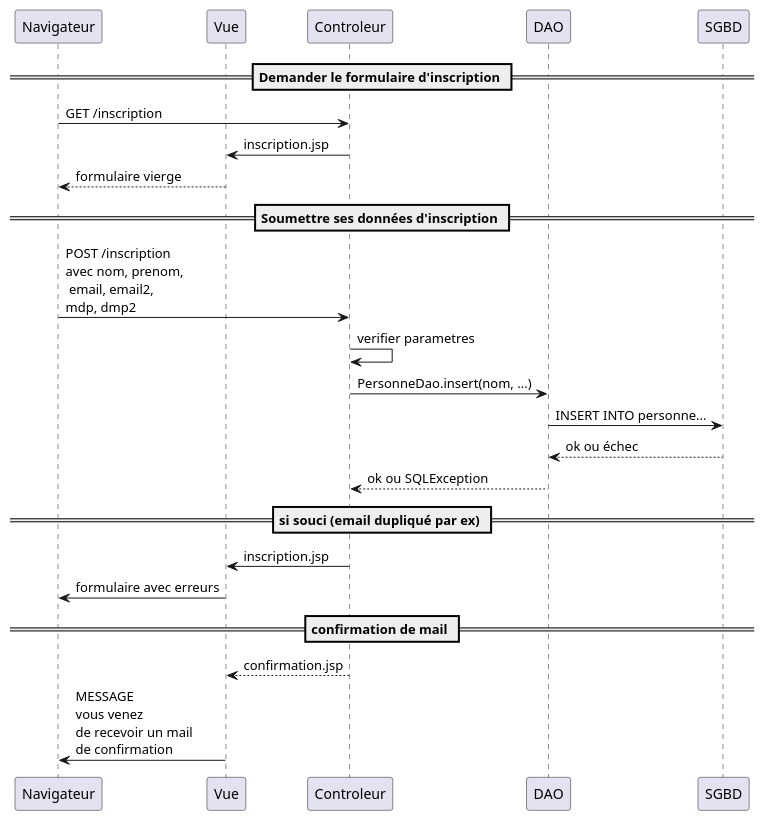
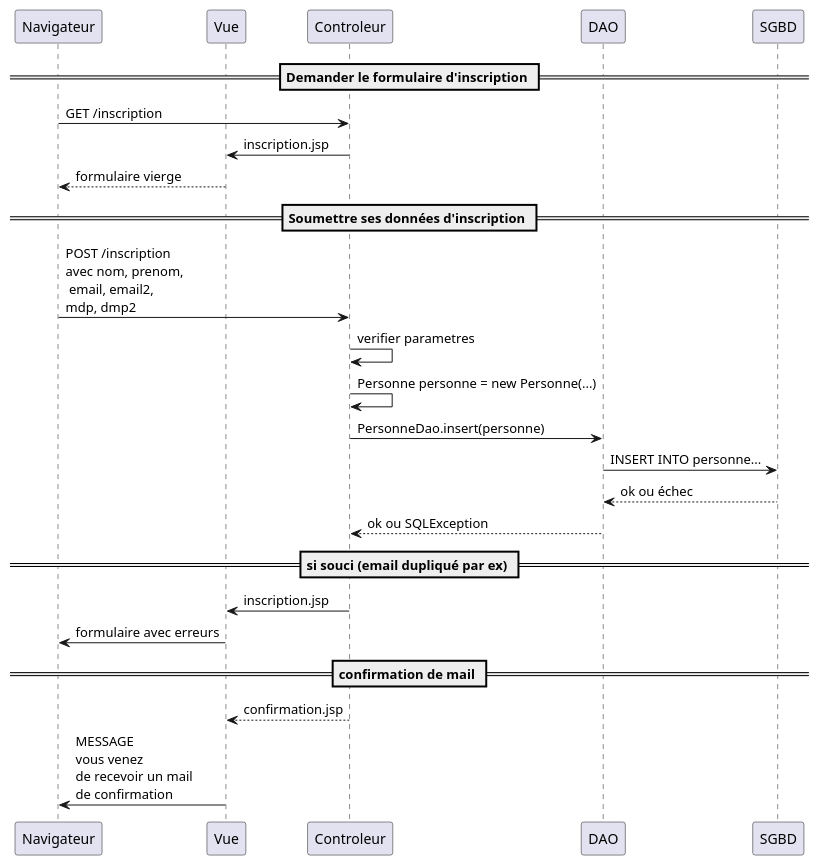
One commit to michel-plasse/SIOMassy2022 changed the diagram in src/main/uml/inscription.puml. Above: the diagram before and after it, drawn with PlantUML.

Commit message:
met a jour inscription.puml

```diff
--- a/src/main/uml/inscription.puml
+++ b/src/main/uml/inscription.puml
@@ -1,23 +1,24 @@
 @startuml
 participant Navigateur
 participant Vue
 
 == Demander le formulaire d'inscription ==
 Navigateur -> Controleur: GET /inscription
 Controleur -> Vue: inscription.jsp
 Vue --> Navigateur: formulaire vierge
 
 == Soumettre ses données d'inscription ==
 Navigateur -> Controleur: POST /inscription\navec nom, prenom,\n email, email2, \nmdp, dmp2
 Controleur -> Controleur: verifier parametres
-Controleur -> DAO: PersonneDao.insert(nom, ...)
+Controleur -> Controleur: Personne personne = new Personne(...)
+Controleur -> DAO: PersonneDao.insert(personne)
 DAO -> SGBD: INSERT INTO personne...
 SGBD --> DAO: ok ou échec
 DAO --> Controleur: ok ou SQLException
 == si souci (email dupliqué par ex) ==
 Controleur -> Vue: inscription.jsp
 Vue -> Navigateur: formulaire avec erreurs
 == confirmation de mail ==
 Controleur --> Vue: confirmation.jsp
 Vue -> Navigateur: MESSAGE \nvous venez\nde recevoir un mail \nde confirmation
 @enduml
```
